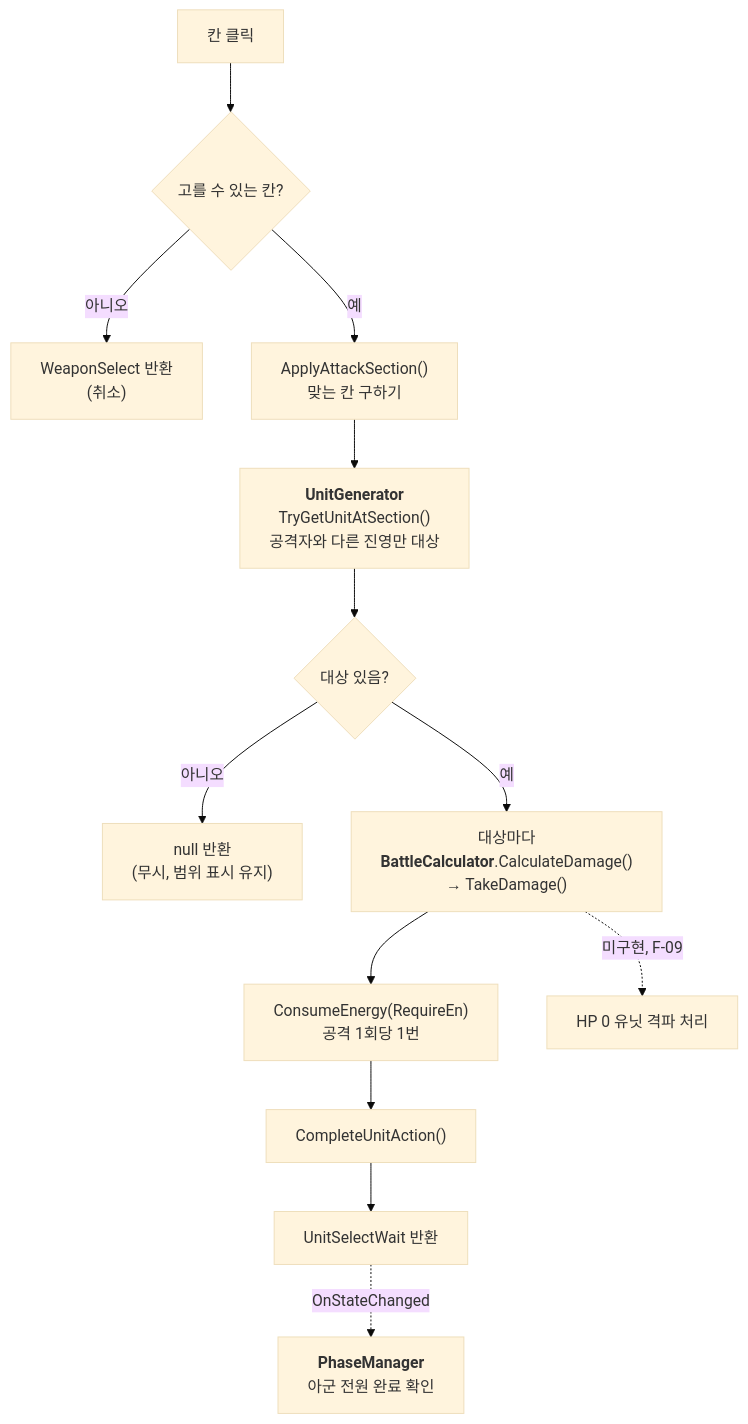
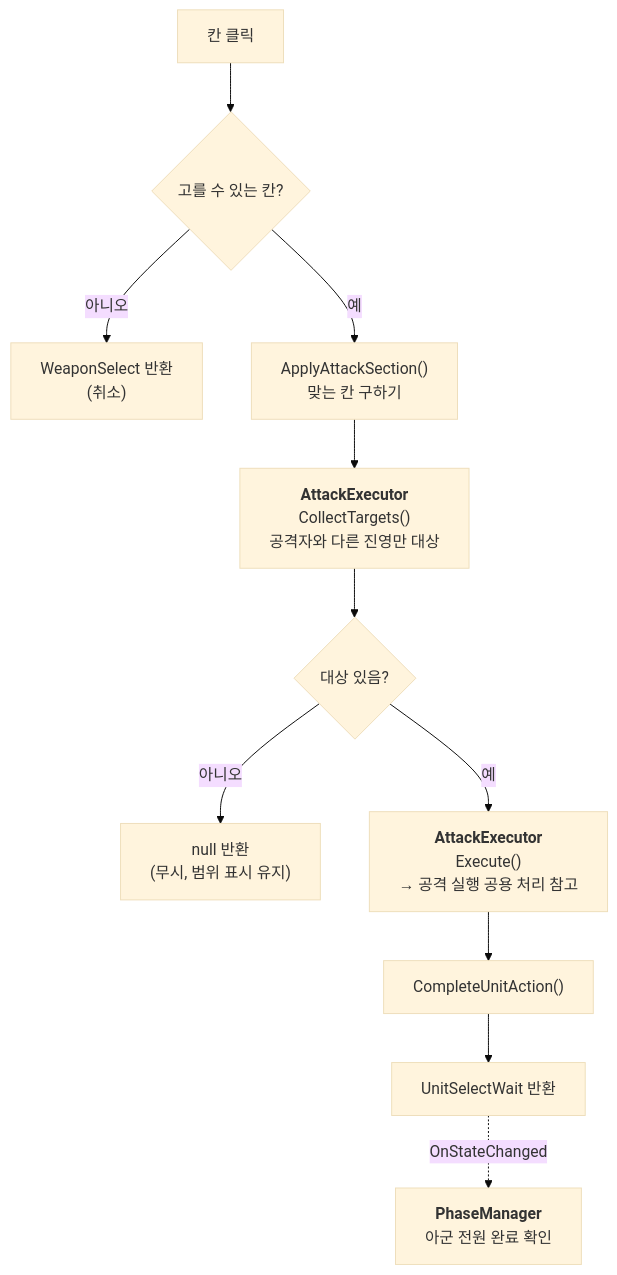
One commit to jayy5288sk/PersonalProject changed diagram 18 of 26 in Docs/ImplementDocs/Diagram.md. Above: the diagram before and after it, drawn with Mermaid (base theme). The commit also changed other lines of this file and 5 other files, not shown here.

Commit message:
[Docs] 기술 문서 작성 및 다이어그램 갱신

````diff
--- a/Docs/ImplementDocs/Diagram.md
+++ b/Docs/ImplementDocs/Diagram.md
@@ -355,15 +358,13 @@
 ```mermaid
 flowchart TB
     Click["칸 클릭"] --> InRange{"고를 수 있는 칸?"}
     InRange -->|아니오| Cancel["WeaponSelect 반환<br/>(취소)"]
     InRange -->|예| Hit["ApplyAttackSection()<br/>맞는 칸 구하기"]
-    Hit --> Pick["<b>UnitGenerator</b><br/>TryGetUnitAtSection()<br/>공격자와 다른 진영만 대상"]
+    Hit --> Pick["<b>AttackExecutor</b><br/>CollectTargets()<br/>공격자와 다른 진영만 대상"]
     Pick --> Any{"대상 있음?"}
     Any -->|아니오| Ignore["null 반환<br/>(무시, 범위 표시 유지)"]
-    Any -->|예| Dmg["대상마다<br/><b>BattleCalculator</b>.CalculateDamage()<br/>→ TakeDamage()"]
-    Dmg --> En["ConsumeEnergy(RequireEn)<br/>공격 1회당 1번"]
-    En --> Done["CompleteUnitAction()"]
+    Any -->|예| Exec["<b>AttackExecutor</b><br/>Execute()<br/>→ 공격 실행 공용 처리 참고"]
+    Exec --> Done["CompleteUnitAction()"]
     Done --> Ret["UnitSelectWait 반환"]
     Ret -.->|OnStateChanged| PM["<b>PhaseManager</b><br/>아군 전원 완료 확인"]
-    Dmg -.->|미구현, F-09| Dead["HP 0 유닛 격파 처리"]
 ```
````
